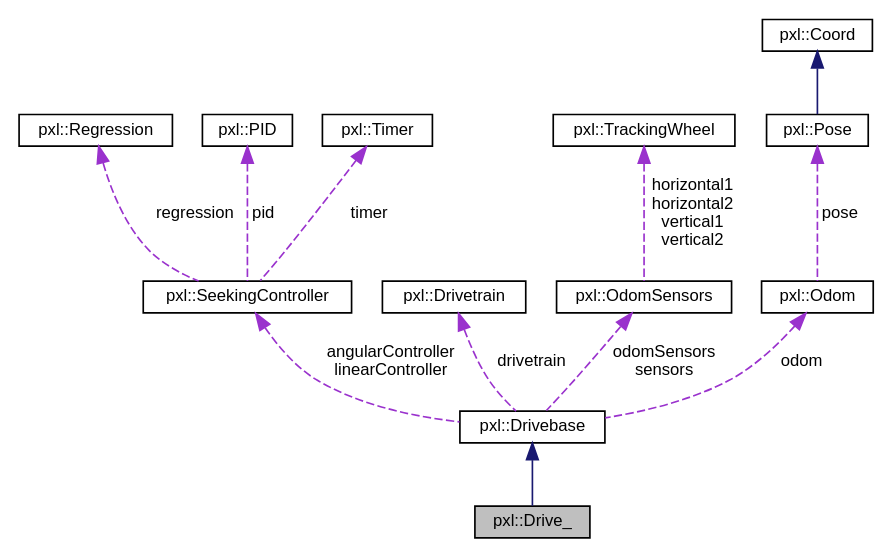
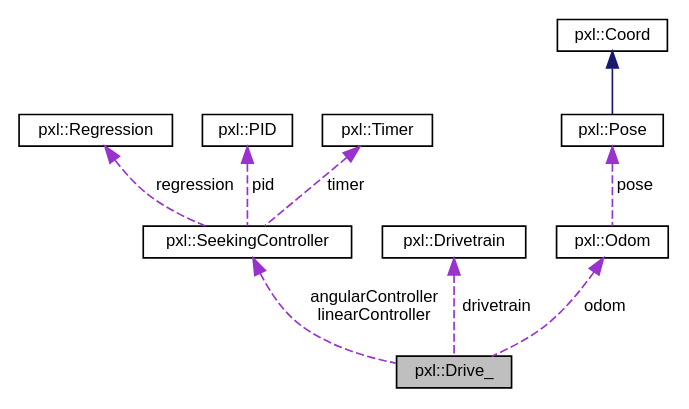
The diagram in classpxl_1_1Drive____coll__graph.dot (Pixel-Lib/Pixel), drawn with Graphviz before and after one commit. The commit also changed 171 other files, not shown here.

```diff
--- a/classpxl_1_1Drive____coll__graph.dot
+++ b/classpxl_1_1Drive____coll__graph.dot
@@ -1,29 +1,23 @@
 digraph "pxl::Drive_"
 {
  // LATEX_PDF_SIZE
   edge [fontname="Helvetica",fontsize="10",labelfontname="Helvetica",labelfontsize="10"];
   node [fontname="Helvetica",fontsize="10",shape=record];
   Node1 [label="pxl::Drive_",height=0.2,width=0.4,color="black", fillcolor="grey75", style="filled", fontcolor="black",tooltip=" "];
-  Node2 -> Node1 [dir="back",color="midnightblue",fontsize="10",style="solid",fontname="Helvetica"];
-  Node2 [label="pxl::Drivebase",height=0.2,width=0.4,color="black", fillcolor="white", style="filled",URL="$classpxl_1_1Drivebase.html",tooltip="The Drivebase class represents the base of a robot's drivetrain."];
-  Node3 -> Node2 [dir="back",color="darkorchid3",fontsize="10",style="dashed",label=" angularController\nlinearController" ,fontname="Helvetica"];
-  Node3 [label="pxl::SeekingController",height=0.2,width=0.4,color="black", fillcolor="white", style="filled",URL="$classpxl_1_1SeekingController.html",tooltip="The SeekingController class represents a controller used for seeking a target value."];
-  Node4 -> Node3 [dir="back",color="darkorchid3",fontsize="10",style="dashed",label=" regression" ,fontname="Helvetica"];
-  Node4 [label="pxl::Regression",height=0.2,width=0.4,color="black", fillcolor="white", style="filled",URL="$classpxl_1_1Regression.html",tooltip="A class that performs regression analysis on a set of points."];
-  Node5 -> Node3 [dir="back",color="darkorchid3",fontsize="10",style="dashed",label=" pid" ,fontname="Helvetica"];
-  Node5 [label="pxl::PID",height=0.2,width=0.4,color="black", fillcolor="white", style="filled",URL="$classpxl_1_1PID.html",tooltip="A class representing a Proportional-Integral-Derivative (PID) controller."];
-  Node6 -> Node3 [dir="back",color="darkorchid3",fontsize="10",style="dashed",label=" timer" ,fontname="Helvetica"];
-  Node6 [label="pxl::Timer",height=0.2,width=0.4,color="black", fillcolor="white", style="filled",URL="$classpxl_1_1Timer.html",tooltip=" "];
-  Node7 -> Node2 [dir="back",color="darkorchid3",fontsize="10",style="dashed",label=" drivetrain" ,fontname="Helvetica"];
-  Node7 [label="pxl::Drivetrain",height=0.2,width=0.4,color="black", fillcolor="white", style="filled",URL="$classpxl_1_1Drivetrain.html",tooltip=" "];
-  Node8 -> Node2 [dir="back",color="darkorchid3",fontsize="10",style="dashed",label=" odomSensors\nsensors" ,fontname="Helvetica"];
-  Node8 [label="pxl::OdomSensors",height=0.2,width=0.4,color="black", fillcolor="white", style="filled",URL="$structpxl_1_1OdomSensors.html",tooltip=" "];
-  Node9 -> Node8 [dir="back",color="darkorchid3",fontsize="10",style="dashed",label=" horizontal1\nhorizontal2\nvertical1\nvertical2" ,fontname="Helvetica"];
-  Node9 [label="pxl::TrackingWheel",height=0.2,width=0.4,color="black", fillcolor="white", style="filled",URL="$classpxl_1_1TrackingWheel.html",tooltip="Represents a tracking wheel used for measuring distance traveled by a robot."];
-  Node10 -> Node2 [dir="back",color="darkorchid3",fontsize="10",style="dashed",label=" odom" ,fontname="Helvetica"];
-  Node10 [label="pxl::Odom",height=0.2,width=0.4,color="black", fillcolor="white", style="filled",URL="$classpxl_1_1Odom.html",tooltip="The Odom class represents an odometry system that tracks the robot's position and orientation."];
-  Node11 -> Node10 [dir="back",color="darkorchid3",fontsize="10",style="dashed",label=" pose" ,fontname="Helvetica"];
-  Node11 [label="pxl::Pose",height=0.2,width=0.4,color="black", fillcolor="white", style="filled",URL="$classpxl_1_1Pose.html",tooltip="The Pose class contains classes and functions related to (x, y, theta) coordinates."];
-  Node12 -> Node11 [dir="back",color="midnightblue",fontsize="10",style="solid",fontname="Helvetica"];
-  Node12 [label="pxl::Coord",height=0.2,width=0.4,color="black", fillcolor="white", style="filled",URL="$classpxl_1_1Coord.html",tooltip="Represents a coordinate in 2D space."];
+  Node2 -> Node1 [dir="back",color="darkorchid3",fontsize="10",style="dashed",label=" angularController\nlinearController" ,fontname="Helvetica"];
+  Node2 [label="pxl::SeekingController",height=0.2,width=0.4,color="black", fillcolor="white", style="filled",URL="$classpxl_1_1SeekingController.html",tooltip="The SeekingController class represents a controller used for seeking a target value."];
+  Node3 -> Node2 [dir="back",color="darkorchid3",fontsize="10",style="dashed",label=" regression" ,fontname="Helvetica"];
+  Node3 [label="pxl::Regression",height=0.2,width=0.4,color="black", fillcolor="white", style="filled",URL="$classpxl_1_1Regression.html",tooltip="A class that performs regression analysis on a set of points."];
+  Node4 -> Node2 [dir="back",color="darkorchid3",fontsize="10",style="dashed",label=" pid" ,fontname="Helvetica"];
+  Node4 [label="pxl::PID",height=0.2,width=0.4,color="black", fillcolor="white", style="filled",URL="$classpxl_1_1PID.html",tooltip="A class representing a Proportional-Integral-Derivative (PID) controller."];
+  Node5 -> Node2 [dir="back",color="darkorchid3",fontsize="10",style="dashed",label=" timer" ,fontname="Helvetica"];
+  Node5 [label="pxl::Timer",height=0.2,width=0.4,color="black", fillcolor="white", style="filled",URL="$classpxl_1_1Timer.html",tooltip=" "];
+  Node6 -> Node1 [dir="back",color="darkorchid3",fontsize="10",style="dashed",label=" drivetrain" ,fontname="Helvetica"];
+  Node6 [label="pxl::Drivetrain",height=0.2,width=0.4,color="black", fillcolor="white", style="filled",URL="$classpxl_1_1Drivetrain.html",tooltip="Represents a drivetrain for a robot."];
+  Node7 -> Node1 [dir="back",color="darkorchid3",fontsize="10",style="dashed",label=" odom" ,fontname="Helvetica"];
+  Node7 [label="pxl::Odom",height=0.2,width=0.4,color="black", fillcolor="white", style="filled",URL="$classpxl_1_1Odom.html",tooltip="The Odom class represents an odometry system that tracks the robot's position and orientation."];
+  Node8 -> Node7 [dir="back",color="darkorchid3",fontsize="10",style="dashed",label=" pose" ,fontname="Helvetica"];
+  Node8 [label="pxl::Pose",height=0.2,width=0.4,color="black", fillcolor="white", style="filled",URL="$classpxl_1_1Pose.html",tooltip="The Pose class contains classes and functions related to (x, y, theta) coordinates."];
+  Node9 -> Node8 [dir="back",color="midnightblue",fontsize="10",style="solid",fontname="Helvetica"];
+  Node9 [label="pxl::Coord",height=0.2,width=0.4,color="black", fillcolor="white", style="filled",URL="$classpxl_1_1Coord.html",tooltip="Represents a coordinate in 2D space."];
 }
```
